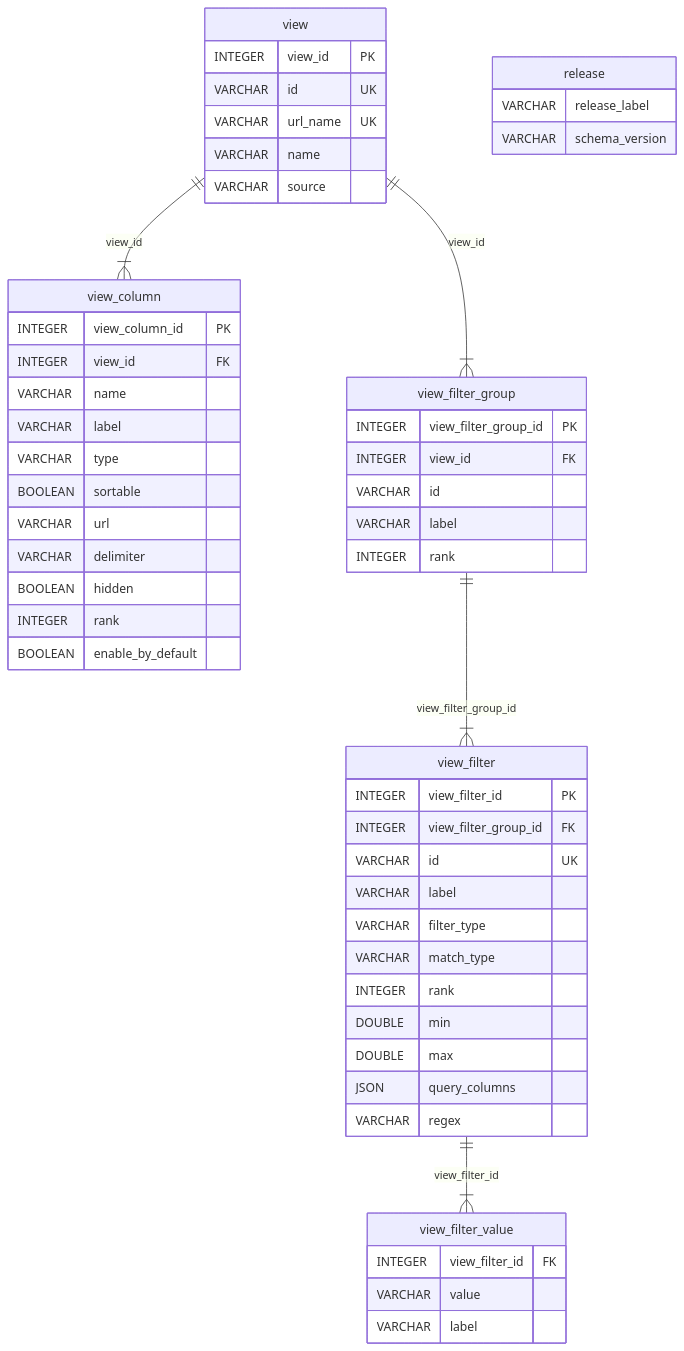
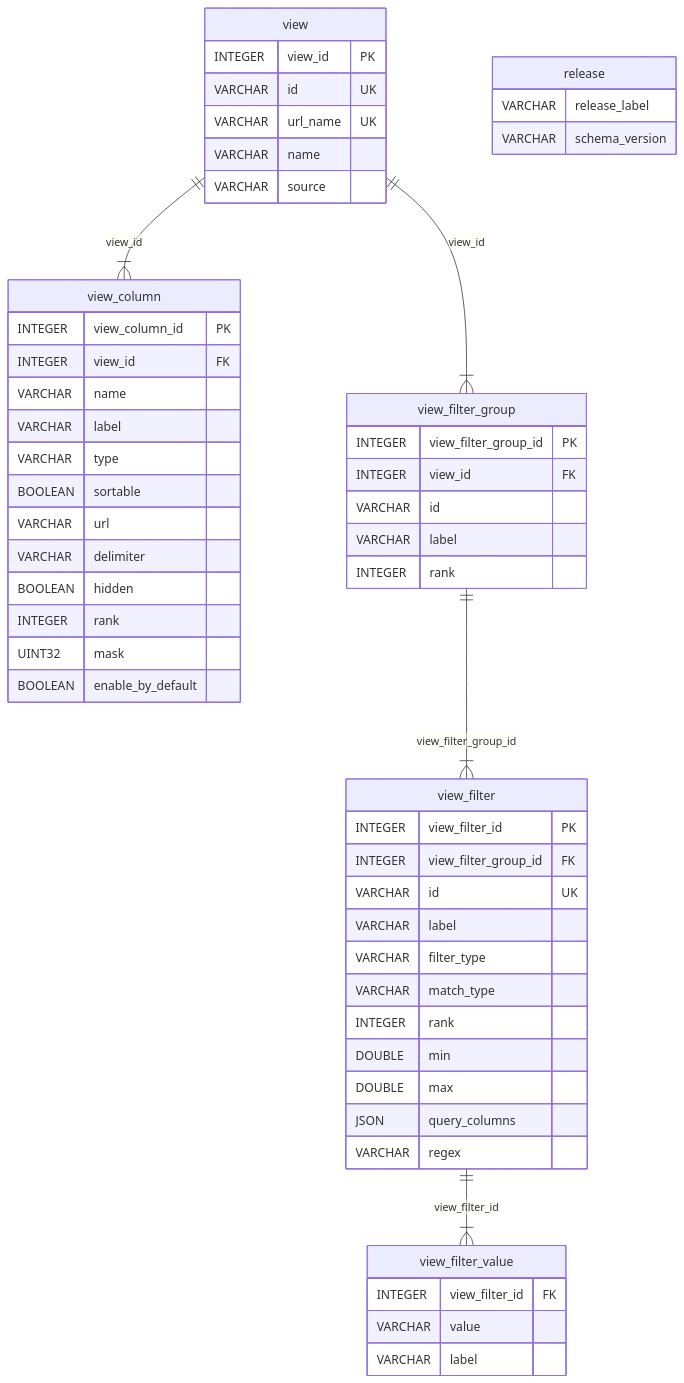
Before and after one commit to Ensembl/distiller: the diagram in etl/README.md, drawn with Mermaid. The commit also changed other lines of this file, not shown here.

Commit message:
Added filter and mask details into readme

````diff
--- a/etl/README.md
+++ b/etl/README.md
@@ -115,62 +115,63 @@
 ```mermaid
 erDiagram
     view {
         INTEGER view_id PK
         VARCHAR id UK
         VARCHAR url_name UK
         VARCHAR name
         VARCHAR source
     }
 
     view_column {
         INTEGER view_column_id PK
         INTEGER view_id FK
         VARCHAR name
         VARCHAR label
         VARCHAR type
         BOOLEAN sortable
         VARCHAR url
         VARCHAR delimiter
         BOOLEAN hidden
         INTEGER rank
+        UINT32  mask
         BOOLEAN enable_by_default
     }
 
     view_filter_group {
         INTEGER view_filter_group_id PK
         INTEGER view_id FK
         VARCHAR id
         VARCHAR label
         INTEGER rank
     }
 
     view_filter {
         INTEGER view_filter_id PK
         INTEGER view_filter_group_id FK
         VARCHAR id UK
         VARCHAR label
         VARCHAR filter_type
         VARCHAR match_type
         INTEGER rank
         DOUBLE min
         DOUBLE max
         JSON query_columns
         VARCHAR regex
     }
 
     view_filter_value {
         INTEGER view_filter_id FK
         VARCHAR value
         VARCHAR label
     }
 
     release {
         VARCHAR release_label
         VARCHAR schema_version
     }
 
     view ||--|{ view_column : view_id
     view ||--|{ view_filter_group : view_id
     view_filter_group ||--|{ view_filter : view_filter_group_id
     view_filter ||--|{ view_filter_value : view_filter_id
 ```
````
